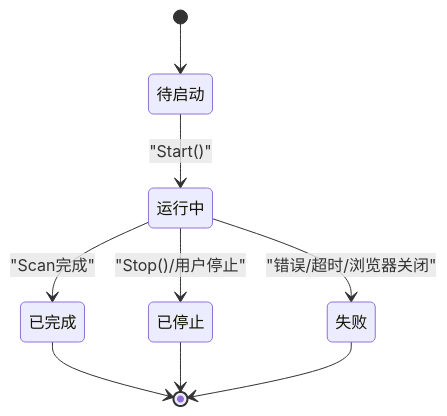
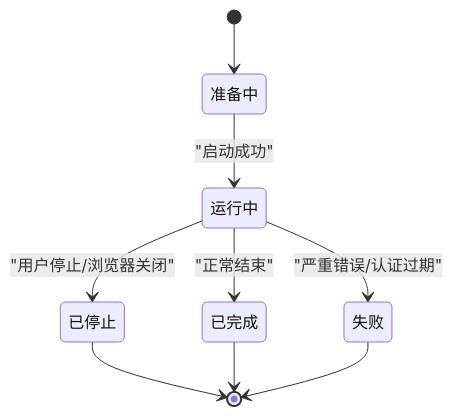
One commit to alvinwangzi/goodhr changed the fifth of 7 diagrams in .qoder/repowiki/zh/content/本地执行器/平台适配器/前程无忧适配器/职位管理.md. Above: the diagram before and after it, drawn with Mermaid. The commit also changed other lines of this file and 149 other files, not shown here.

````diff
--- a/.qoder/repowiki/zh/content/本地执行器/平台适配器/前程无忧适配器/职位管理.md
+++ b/.qoder/repowiki/zh/content/本地执行器/平台适配器/前程无忧适配器/职位管理.md
@@ -228,11 +221,11 @@
 ```mermaid
 stateDiagram-v2
-[*] --> 待启动
-待启动 --> 运行中 : "Start()"
-运行中 --> 已完成 : "Scan完成"
-运行中 --> 已停止 : "Stop()/用户停止"
-运行中 --> 失败 : "错误/超时/浏览器关闭"
+[*] --> 准备中
+准备中 --> 运行中 : "启动成功"
+运行中 --> 已完成 : "正常结束"
+运行中 --> 已停止 : "用户停止/浏览器关闭"
+运行中 --> 失败 : "严重错误/认证过期"
+已停止 --> [*]
 已完成 --> [*]
-已停止 --> [*]
 失败 --> [*]
 ```
````
